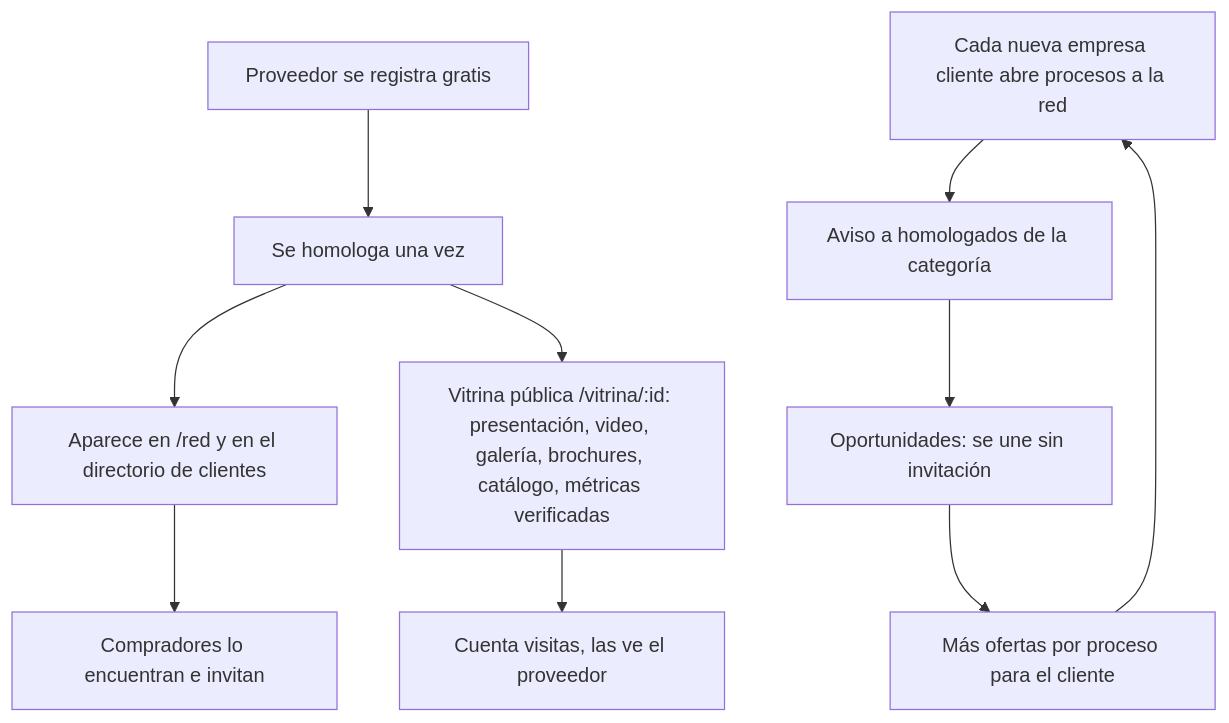
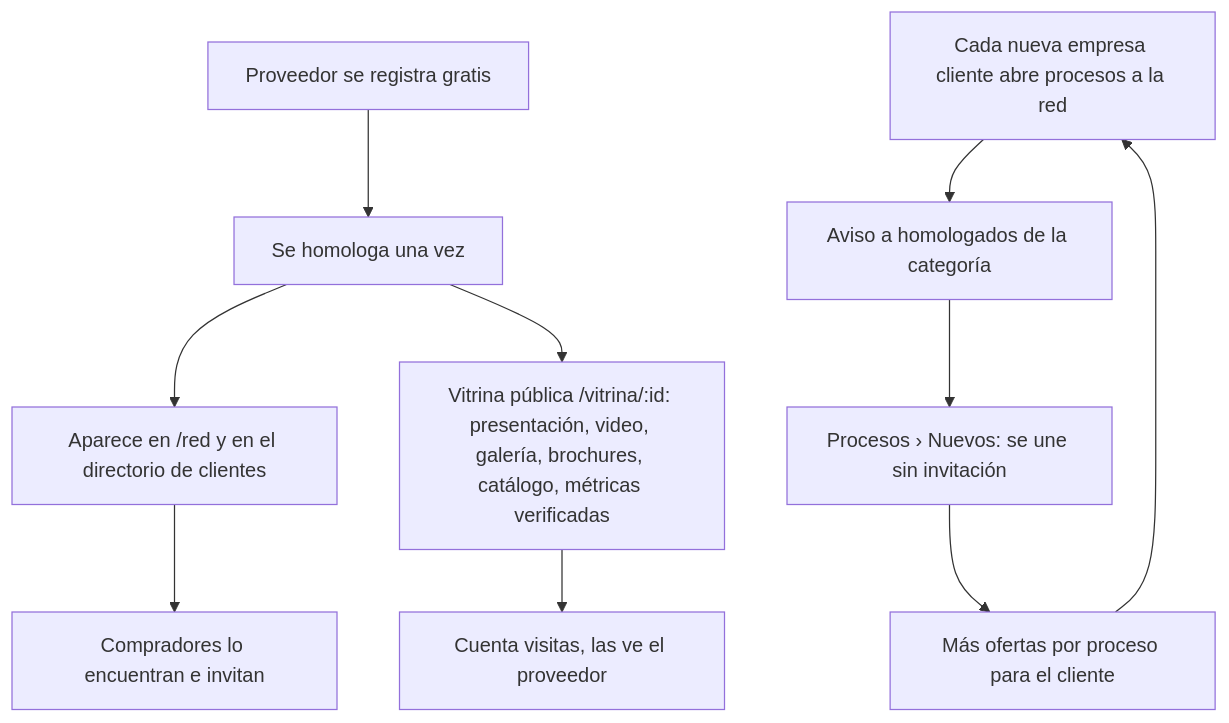
One commit to johnalecc21/bolt_pro changed diagram 31 of 34 in docs/DIAGRAMAS-FLUJO.md. Above: the diagram before and after it, drawn with Mermaid. The commit also changed other lines of this file and 30 other files, not shown here.

````diff
--- a/docs/DIAGRAMAS-FLUJO.md
+++ b/docs/DIAGRAMAS-FLUJO.md
@@ -713,12 +717,12 @@
 ```mermaid
 flowchart TD
     A["Proveedor se registra gratis"] --> B["Se homologa una vez"]
     B --> C["Aparece en /red y en el directorio de clientes"]
     B --> D["Vitrina pública /vitrina/:id: presentación, video, galería, brochures, catálogo, métricas verificadas"]
     C --> E["Compradores lo encuentran e invitan"]
     F["Cada nueva empresa cliente abre procesos a la red"] --> G["Aviso a homologados de la categoría"]
-    G --> H["Oportunidades: se une sin invitación"]
+    G --> H["Procesos › Nuevos: se une sin invitación"]
     H --> I["Más ofertas por proceso para el cliente"]
     I --> F
     D --> J["Cuenta visitas, las ve el proveedor"]
 ```
````
